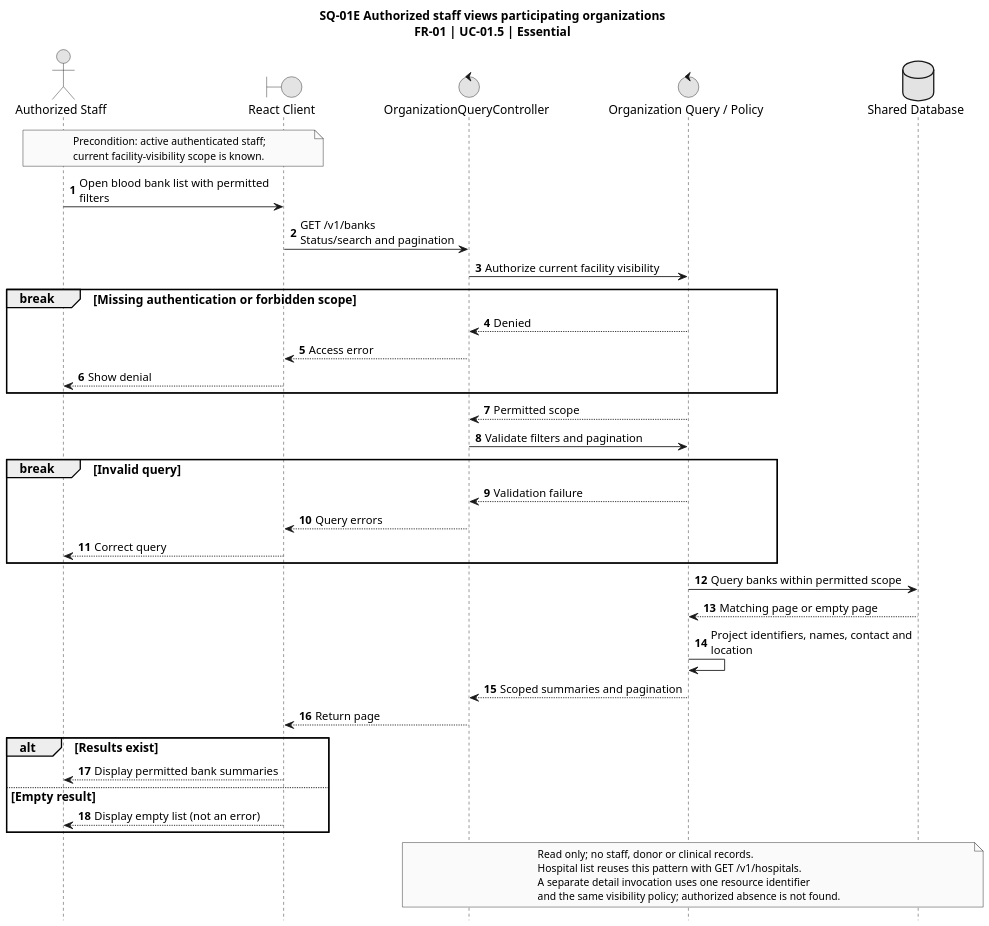
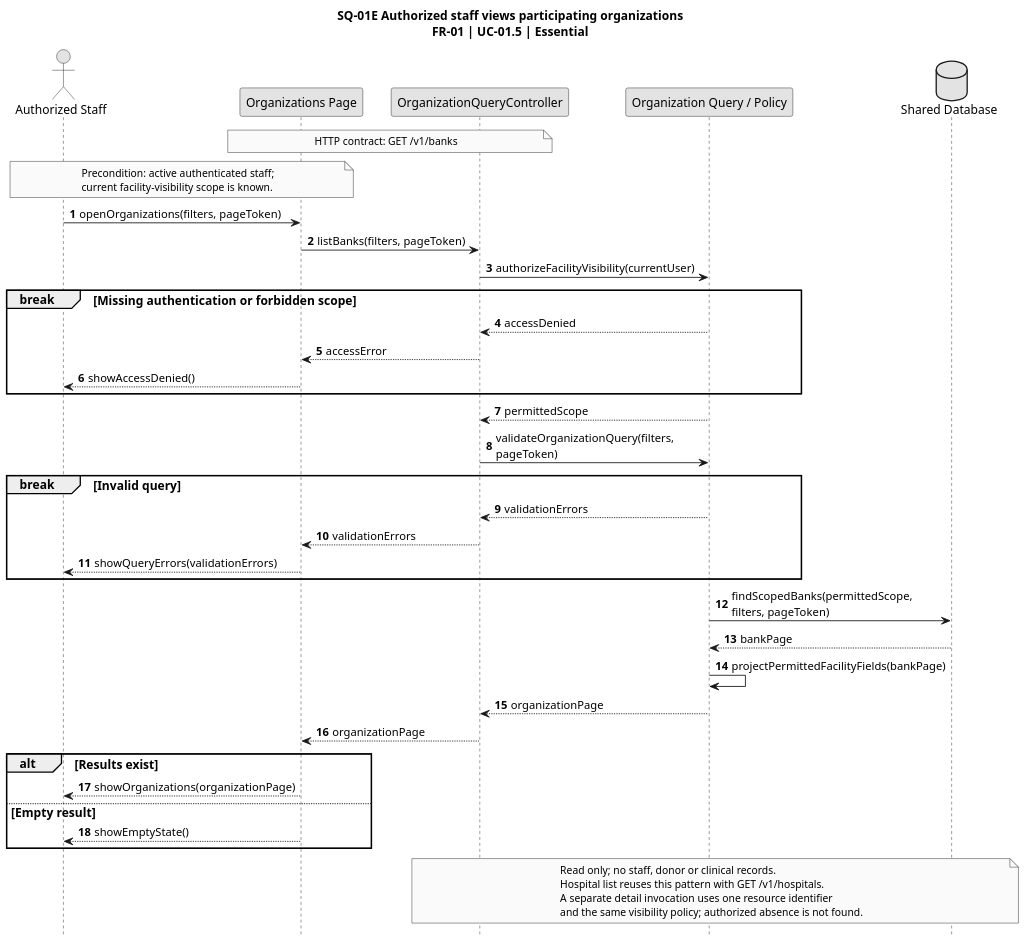
Before and after one commit to TitanDevX/BloodBankPlatformUni: the seventh of 16 diagrams in docs/uml/PlantUML-Sources.md, drawn with PlantUML. The commit also changed other lines of this file and 17 other files, not shown here.

````diff
--- a/docs/uml/PlantUML-Sources.md
+++ b/docs/uml/PlantUML-Sources.md
@@ -372,55 +384,58 @@
 ```plantuml
 @startuml SQ01E_View
 title SQ-01E Authorized staff views participating organizations\nFR-01 | UC-01.5 | Essential
 skinparam monochrome true
 skinparam shadowing false
 skinparam defaultFontName Arial
 skinparam defaultFontSize 14
 skinparam ArrowFontSize 13
 skinparam noteFontSize 12
 skinparam dpi 140
 hide footbox
 skinparam maxMessageSize 240
 autonumber
 actor "Authorized Staff" as Staff
-boundary "React Client" as Client
-control "OrganizationQueryController" as Ctrl
-control "Organization Query / Policy" as Query
+participant "Organizations Page" as Client
+participant "OrganizationQueryController" as Ctrl
+participant "Organization Query / Policy" as Query
 database "Shared Database" as DB
+note over Client, Ctrl
+ HTTP contract: GET /v1/banks
+end note
 note over Staff, Client
  Precondition: active authenticated staff;
  current facility-visibility scope is known.
 end note
-Staff -> Client: Open blood bank list with permitted filters
-Client -> Ctrl: GET /v1/banks\nStatus/search and pagination
-Ctrl -> Query: Authorize current facility visibility
+Staff -> Client: openOrganizations(filters, pageToken)
+Client -> Ctrl: listBanks(filters, pageToken)
+Ctrl -> Query: authorizeFacilityVisibility(currentUser)
 break Missing authentication or forbidden scope
- Query --> Ctrl: Denied
- Ctrl --> Client: Access error
- Client --> Staff: Show denial
+ Query --> Ctrl: accessDenied
+ Ctrl --> Client: accessError
+ Client --> Staff: showAccessDenied()
 end
-Query --> Ctrl: Permitted scope
-Ctrl -> Query: Validate filters and pagination
+Query --> Ctrl: permittedScope
+Ctrl -> Query: validateOrganizationQuery(filters, pageToken)
 break Invalid query
- Query --> Ctrl: Validation failure
- Ctrl --> Client: Query errors
- Client --> Staff: Correct query
+ Query --> Ctrl: validationErrors
+ Ctrl --> Client: validationErrors
+ Client --> Staff: showQueryErrors(validationErrors)
 end
-Query -> DB: Query banks within permitted scope
-DB --> Query: Matching page or empty page
-Query -> Query: Project identifiers, names, contact and location
-Query --> Ctrl: Scoped summaries and pagination
-Ctrl --> Client: Return page
+Query -> DB: findScopedBanks(permittedScope, filters, pageToken)
+DB --> Query: bankPage
+Query -> Query: projectPermittedFacilityFields(bankPage)
+Query --> Ctrl: organizationPage
+Ctrl --> Client: organizationPage
 alt Results exist
- Client --> Staff: Display permitted bank summaries
+ Client --> Staff: showOrganizations(organizationPage)
 else Empty result
- Client --> Staff: Display empty list (not an error)
+ Client --> Staff: showEmptyState()
 end
 note over Ctrl, DB
  Read only; no staff, donor or clinical records.
  Hospital list reuses this pattern with GET /v1/hospitals.
  A separate detail invocation uses one resource identifier
  and the same visibility policy; authorized absence is not found.
 end note
 @enduml
 ```
````
